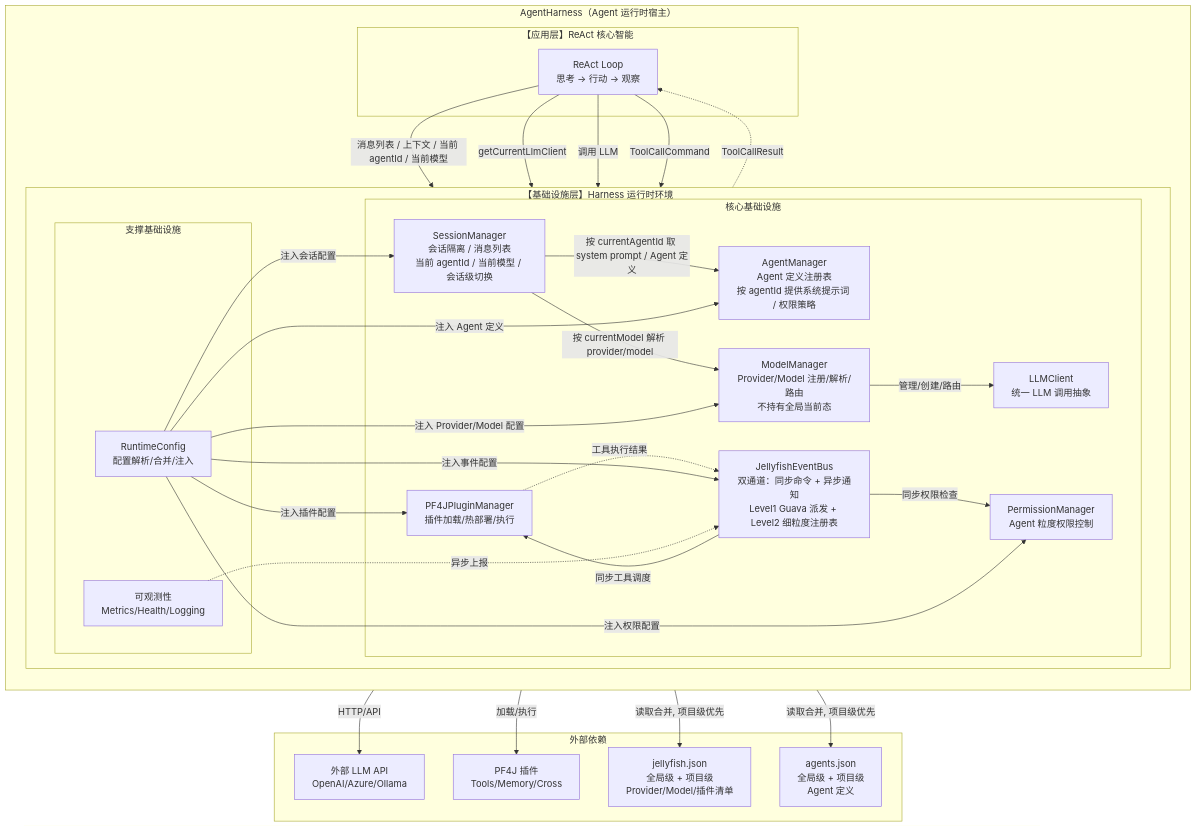
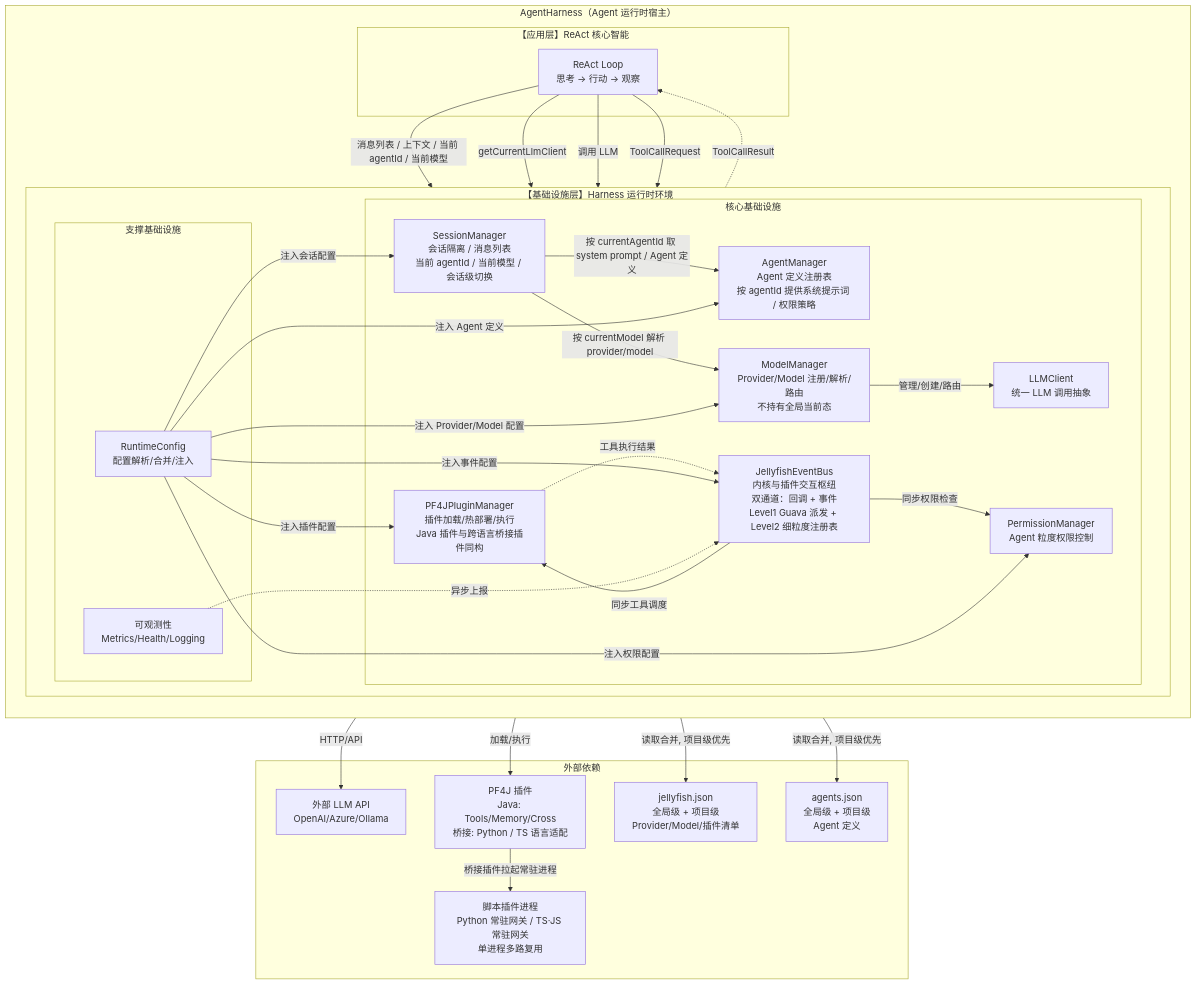
One commit to zcd0831/Jellyfish changed the first of 2 diagrams in AGENTS.md. Above: the diagram before and after it, drawn with Mermaid. The commit also changed other lines of this file and 5 other files, not shown here.

````diff
--- a/AGENTS.md
+++ b/AGENTS.md
@@ -23,70 +23,72 @@
 ```mermaid
 flowchart TB
     subgraph AgentHarness["AgentHarness（Agent 运行时宿主）"]
         direction TB
 
         subgraph AppLayer["【应用层】ReAct 核心智能"]
             ReAct["ReAct Loop<br>思考 → 行动 → 观察"]
         end
 
         subgraph InfraLayer["【基础设施层】Harness 运行时环境"]
             direction LR
 
             subgraph CoreInfra["核心基础设施"]
-                EventBus["JellyfishEventBus<br>双通道：同步命令 + 异步通知<br>Level1 Guava 派发 + Level2 细粒度注册表"]
+                EventBus["JellyfishEventBus<br>内核与插件交互枢纽<br>双通道：回调 + 事件<br>Level1 Guava 派发 + Level2 细粒度注册表"]
                 SessionMgr["SessionManager<br>会话隔离 / 消息列表<br>当前 agentId / 当前模型 / 会话级切换"]
                 AgentMgr["AgentManager<br>Agent 定义注册表<br>按 agentId 提供系统提示词 / 权限策略"]
                 ModelMgr["ModelManager<br>Provider/Model 注册/解析/路由<br>不持有全局当前态"]
                 LLMClient["LLMClient<br>统一 LLM 调用抽象"]
-                PluginMgr["PF4JPluginManager<br>插件加载/热部署/执行"]
+                PluginMgr["PF4JPluginManager<br>插件加载/热部署/执行<br>Java 插件与跨语言桥接插件同构"]
                 PermMgr["PermissionManager<br>Agent 粒度权限控制"]
             end
 
             subgraph SupportInfra["支撑基础设施"]
                 Runtime["RuntimeConfig<br>配置解析/合并/注入"]
                 Metrics["可观测性<br>Metrics/Health/Logging"]
             end
         end
     end
 
     subgraph External["外部依赖"]
         LLM["外部 LLM API<br>OpenAI/Azure/Ollama"]
-        Plugins["PF4J 插件<br>Tools/Memory/Cross"]
+        Plugins["PF4J 插件<br>Java: Tools/Memory/Cross<br>桥接: Python / TS 语言适配"]
+        Scripts["脚本插件进程<br>Python 常驻网关 / TS·JS 常驻网关<br>单进程多路复用"]
         Jelly["jellyfish.json<br>全局级 + 项目级<br>Provider/Model/插件清单"]
         Agents["agents.json<br>全局级 + 项目级<br>Agent 定义"]
     end
 
     %% ===================== 应用层 -> 基础设施层 =====================
     ReAct -->|消息列表 / 上下文 / 当前 agentId / 当前模型| SessionMgr
     ReAct -->|getCurrentLlmClient| ModelMgr
     ReAct -->|调用 LLM| LLMClient
-    ReAct -->|ToolCallCommand| EventBus
+    ReAct -->|ToolCallRequest| EventBus
     EventBus -.->|ToolCallResult| ReAct
 
     %% ===================== 会话与 Agent 定义 =====================
     SessionMgr -->|按 currentAgentId 取 system prompt / Agent 定义| AgentMgr
     SessionMgr -->|按 currentModel 解析 provider/model| ModelMgr
 
     %% ===================== LLM 调用链 =====================
     ModelMgr -->|管理/创建/路由| LLMClient
     LLMClient -->|HTTP/API| LLM
 
     %% ===================== EventBus 调度 =====================
     EventBus -->|同步权限检查| PermMgr
     EventBus -->|同步工具调度| PluginMgr
     PluginMgr -->|加载/执行| Plugins
+    Plugins -->|桥接插件拉起常驻进程| Scripts
     PluginMgr -.->|工具执行结果| EventBus
 
     %% ===================== RuntimeConfig 注入 =====================
     Runtime -->|读取合并, 项目级优先| Jelly
     Runtime -->|读取合并, 项目级优先| Agents
     Runtime -->|注入 Provider/Model 配置| ModelMgr
     Runtime -->|注入 Agent 定义| AgentMgr
     Runtime -->|注入插件配置| PluginMgr
     Runtime -->|注入权限配置| PermMgr
     Runtime -->|注入会话配置| SessionMgr
     Runtime -->|注入事件配置| EventBus
 
     %% ===================== 可观测性 =====================
     Metrics -.->|异步上报| EventBus
 ```
````
